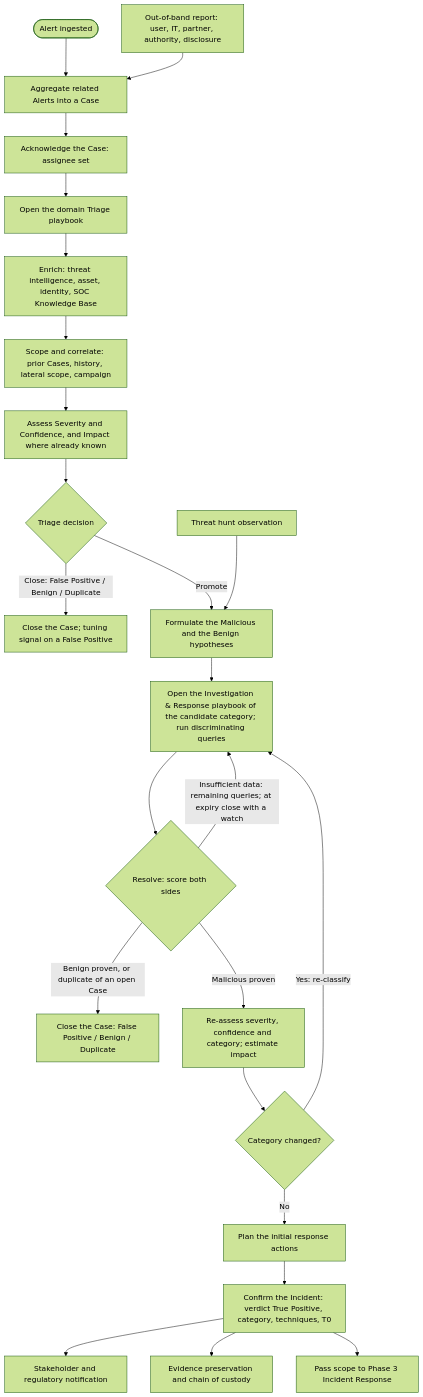
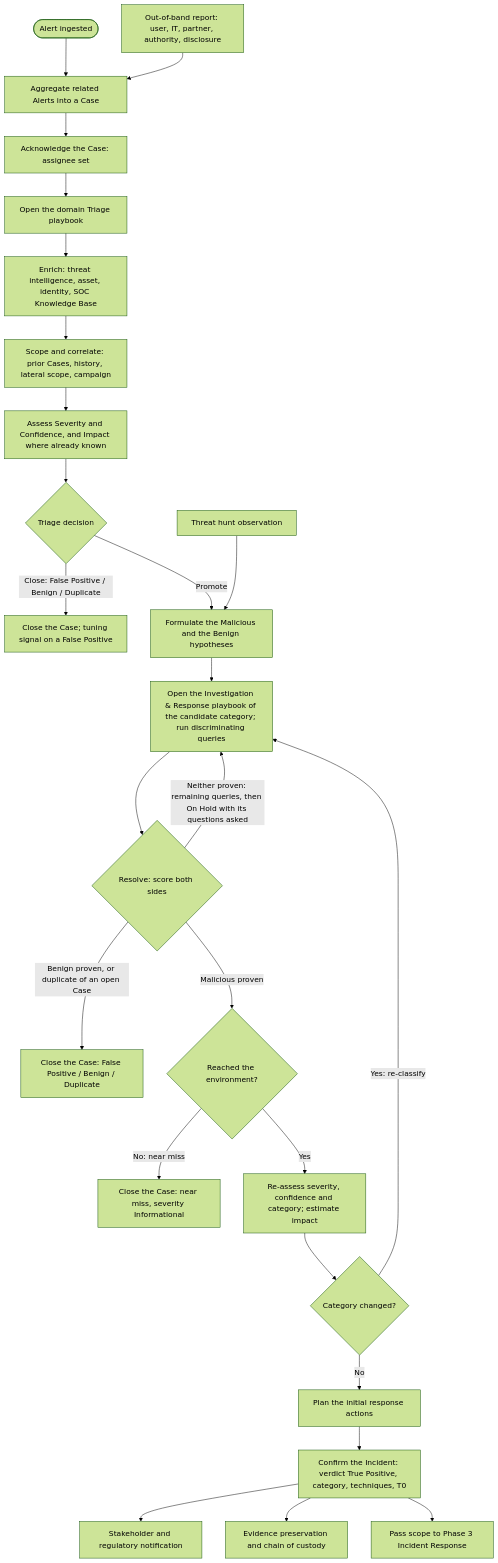
One commit to ZeroSOC/zerosoc-skills changed the diagram in skills/zerosoc-response/references/framework/03-Processes/02-detection_and_analysis.md. Above: the diagram before and after it, drawn with Mermaid (forest theme). The commit also changed other lines of this file and 122 other files, not shown here.

First line of the commit message:
feat!: framework 678a9dd: near miss, gates, the containment matrix, hold instead of a clock (#103)

````diff
--- a/skills/zerosoc-response/references/framework/03-Processes/02-detection_and_analysis.md
+++ b/skills/zerosoc-response/references/framework/03-Processes/02-detection_and_analysis.md
@@ -18,26 +18,28 @@
 ```mermaid
 graph TD
     Start([Alert ingested]) --> Agg[Aggregate related Alerts into a Case]
     OOB[Out-of-band report: user, IT, partner, authority, disclosure] --> Agg
     Agg --> Ack[Acknowledge the Case: assignee set]
     Ack --> Cart[Open the domain Triage playbook]
     Cart --> Enrich[Enrich: threat intelligence, asset, identity, SOC Knowledge Base]
     Enrich --> Scope[Scope and correlate: prior Cases, history, lateral scope, campaign]
     Scope --> Prioritize[Assess Severity and Confidence, and Impact where already known]
     Prioritize --> TriageDecision{Triage decision}
     TriageDecision -->|"Close: False Positive / Benign / Duplicate"| CloseT[Close the Case; tuning signal on a False Positive]
     TriageDecision -->|Promote| Hyp[Formulate the Malicious and the Benign hypotheses]
     Hunt[Threat hunt observation] --> Hyp
     Hyp --> Playbooks[Open the Investigation & Response playbook of the candidate category; run discriminating queries]
     Playbooks --> Resolve{Resolve: score both sides}
     Resolve -->|"Benign proven, or duplicate of an open Case"| CloseI[Close the Case: False Positive / Benign / Duplicate]
-    Resolve -->|"Insufficient data: remaining queries; at expiry close with a watch"| Playbooks
-    Resolve -->|"Malicious proven"| Assess[Re-assess severity, confidence and category; estimate impact]
+    Resolve -->|"Neither proven: remaining queries, then On Hold with its questions asked"| Playbooks
+    Resolve -->|"Malicious proven"| Reach{Reached the environment?}
+    Reach -->|"No: near miss"| CloseN[Close the Case: near miss, severity Informational]
+    Reach -->|Yes| Assess[Re-assess severity, confidence and category; estimate impact]
     Assess --> Reclass{Category changed?}
     Reclass -->|"Yes: re-classify"| Playbooks
     Reclass -->|No| PlanR[Plan the initial response actions]
     PlanR --> Decl[Confirm the Incident: verdict True Positive, category, techniques, T0]
     Decl --> Notify[Stakeholder and regulatory notification]
     Decl --> Evid[Evidence preservation and chain of custody]
     Decl --> Pass[Pass scope to Phase 3 Incident Response]
 ```
````
